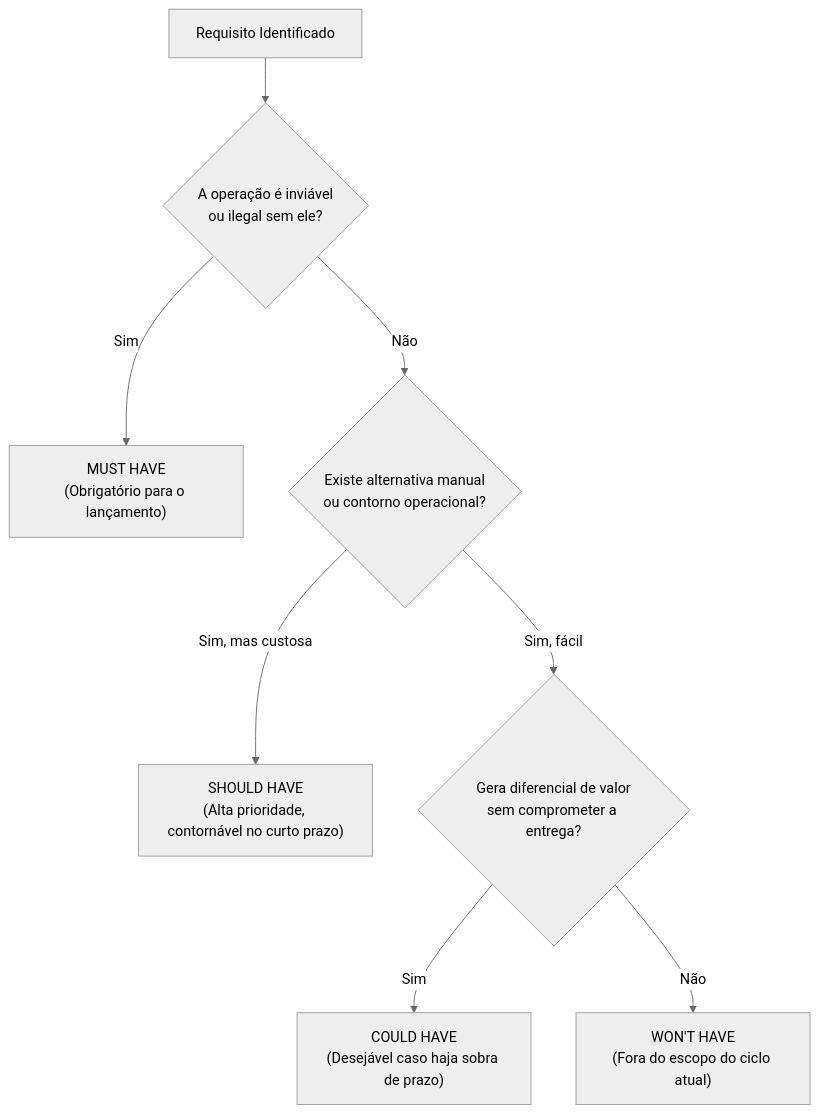
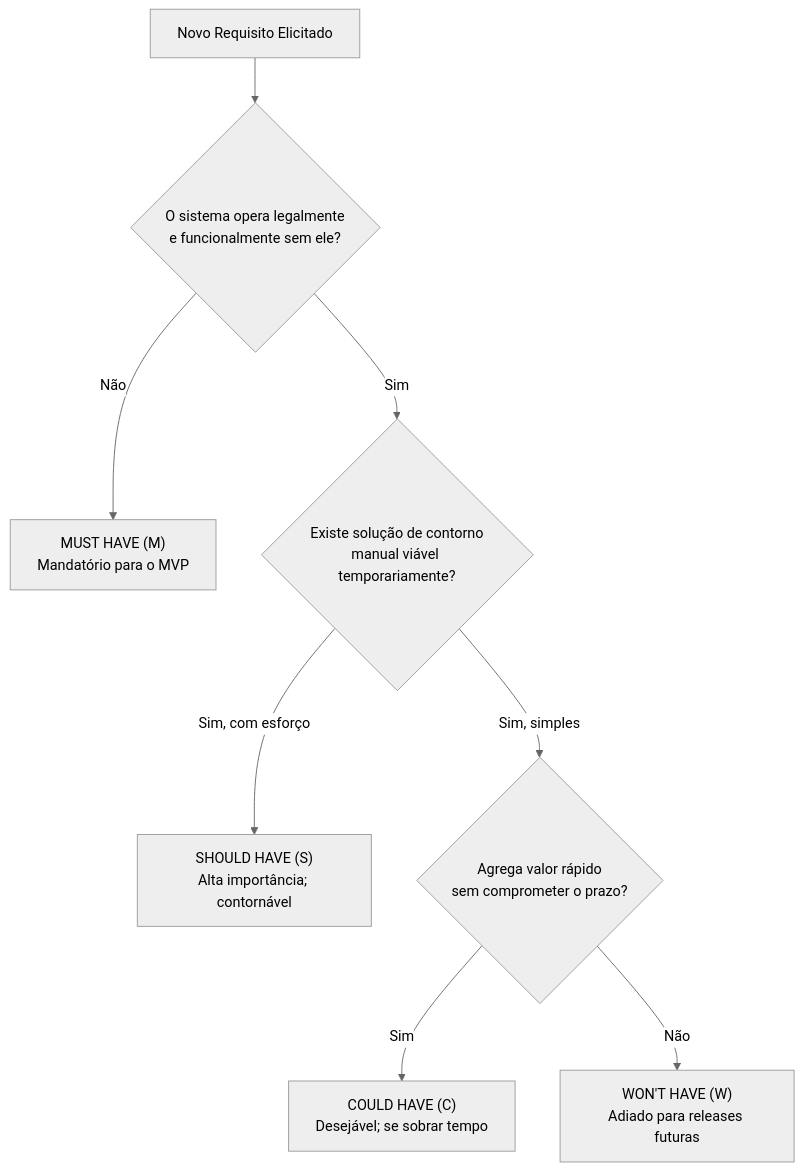
One commit to murilolol/unifef changed the ninth of 24 diagrams in 4º Semestre/[Prof. Wesley Soares] Engenharia de Software II/Resumos-IA/Simulados-Comentados.md. Above: the diagram before and after it, drawn with Mermaid (neutral theme). The commit also changed other lines of this file and 10 other files, not shown here.

````diff
--- a/4º Semestre/[Prof. Wesley Soares] Engenharia de Software II/Resumos-IA/Simulados-Comentados.md
+++ b/4º Semestre/[Prof. Wesley Soares] Engenharia de Software II/Resumos-IA/Simulados-Comentados.md
@@ -323,10 +557,10 @@
 ```mermaid
 flowchart TD
- Req["Requisito Identificado"] --> CheckVital{"A operação é inviável<br>ou ilegal sem ele?"}
- CheckVital -- "Sim" --> M["MUST HAVE<br>(Obrigatório para o lançamento)"]
- CheckVital -- "Não" --> CheckWorkaround{"Existe alternativa manual<br>ou contorno operacional?"}
- CheckWorkaround -- "Sim, mas custosa" --> S["SHOULD HAVE<br>(Alta prioridade, contornável no curto prazo)"]
- CheckWorkaround -- "Sim, fácil" --> CheckValue{"Gera diferencial de valor<br>sem comprometer a entrega?"}
- CheckValue -- "Sim" --> C["COULD HAVE<br>(Desejável caso haja sobra de prazo)"]
- CheckValue -- "Não" --> W["WON'T HAVE<br>(Fora do escopo do ciclo atual)"]
+    Req["Novo Requisito Elicitado"] --> Q1{"O sistema opera legalmente<br/>e funcionalmente sem ele?"}
+    Q1 -- "Não" --> M["MUST HAVE (M)<br/>Mandatório para o MVP"]
+    Q1 -- "Sim" --> Q2{"Existe solução de contorno<br/>manual viável temporariamente?"}
+    Q2 -- "Sim, com esforço" --> S["SHOULD HAVE (S)<br/>Alta importância; contornável"]
+    Q2 -- "Sim, simples" --> Q3{"Agrega valor rápido<br/>sem comprometer o prazo?"}
+    Q3 -- "Sim" --> C["COULD HAVE (C)<br/>Desejável; se sobrar tempo"]
+    Q3 -- "Não" --> W["WON'T HAVE (W)<br/>Adiado para releases futuras"]
 ```
````
